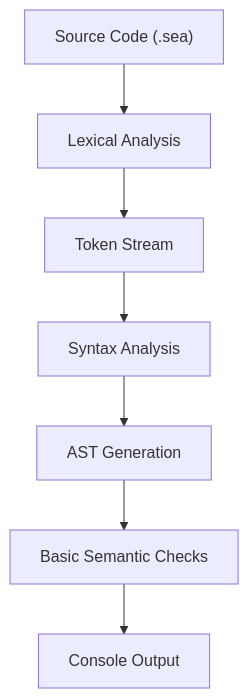
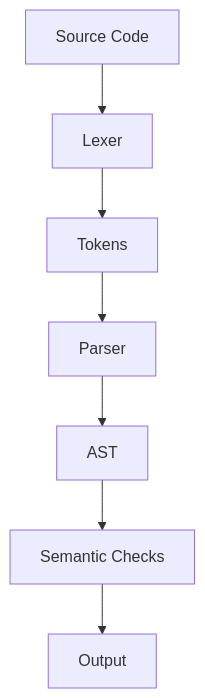
Before and after one commit to nilaheydari/Sea-Compiler: the diagram in README.md, drawn with Mermaid. The commit also changed other lines of this file, not shown here.

````diff
--- a/README.md
+++ b/README.md
@@ -52,9 +53,9 @@
 ```mermaid
 flowchart TD
-    A["Source Code (.sea)"] --> B["Lexical Analysis"]
-    B --> C["Token Stream"]
-    C --> D["Syntax Analysis"]
-    D --> E["AST Generation"]
-    E --> F["Basic Semantic Checks"]
-    F --> G["Console Output"]
+    A[Source Code] --> B[Lexer]
+    B --> C[Tokens]
+    C --> D[Parser]
+    D --> E[AST]
+    E --> F[Semantic Checks]
+    F --> G[Output]
 ```
````
